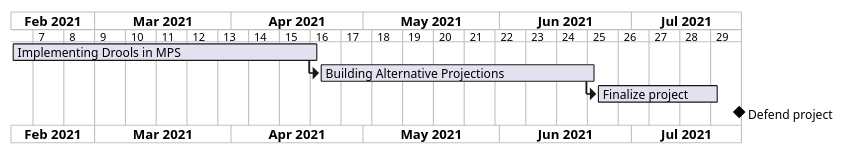
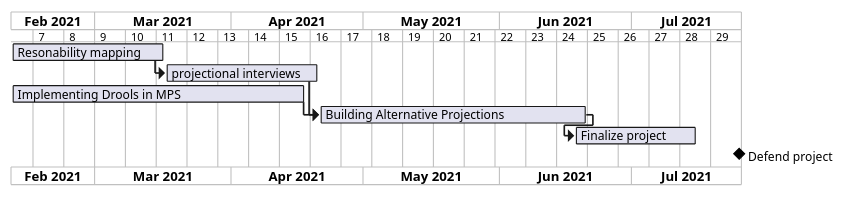
The diagram in ThesisProposal/images/gantt.wsd (jewelEarthDeveloper/Thesis2021), drawn with PlantUML before and after one commit. The commit also changed 9 other files, not shown here.

```diff
--- a/ThesisProposal/images/gantt.wsd
+++ b/ThesisProposal/images/gantt.wsd
@@ -1,9 +1,15 @@
 @startgantt
 printscale weekly
 Project starts the 10th of february 2021
-[Implementing Drools in MPS] lasts 10 weeks
-Then [Building Alternative Projections] lasts 9 weeks
+[Resonability mapping] lasts 35 days
+Then [projectional interviews] lasts 35 days
+
+[Implementing Drools in MPS] lasts 67 days
+Then [Building Alternative Projections] lasts 61 days
 Then [Finalize project] lasts 4 weeks
 
+[projectional interviews] -> [Building Alternative Projections]
+
 [Defend project] happens 25th july 2021
+
 @endgantt
```
